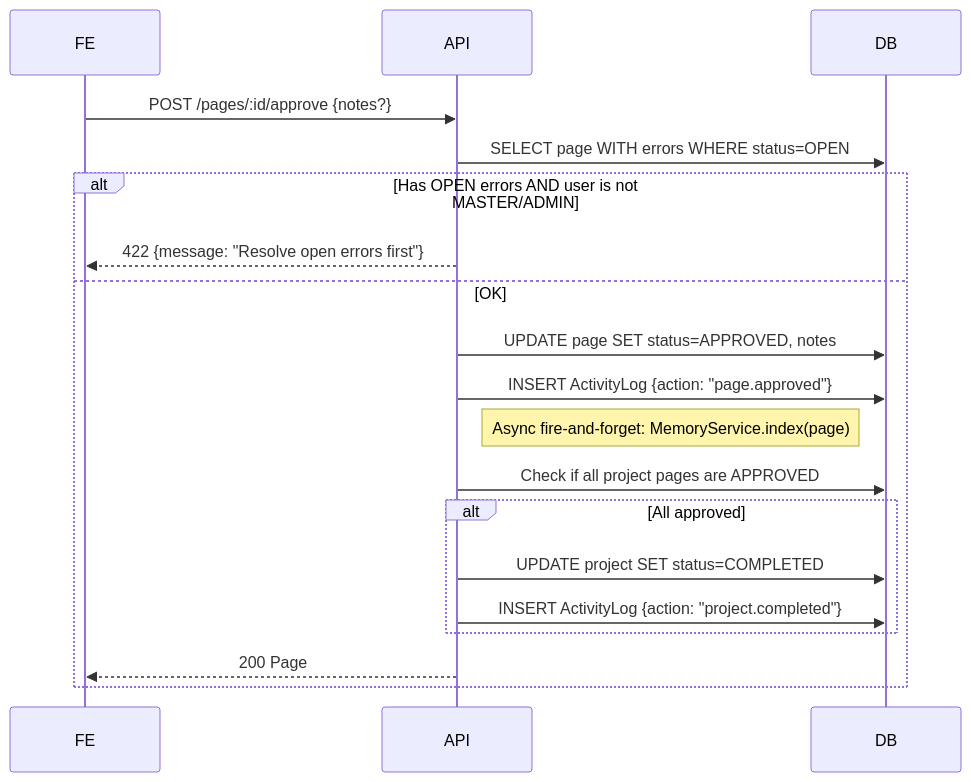
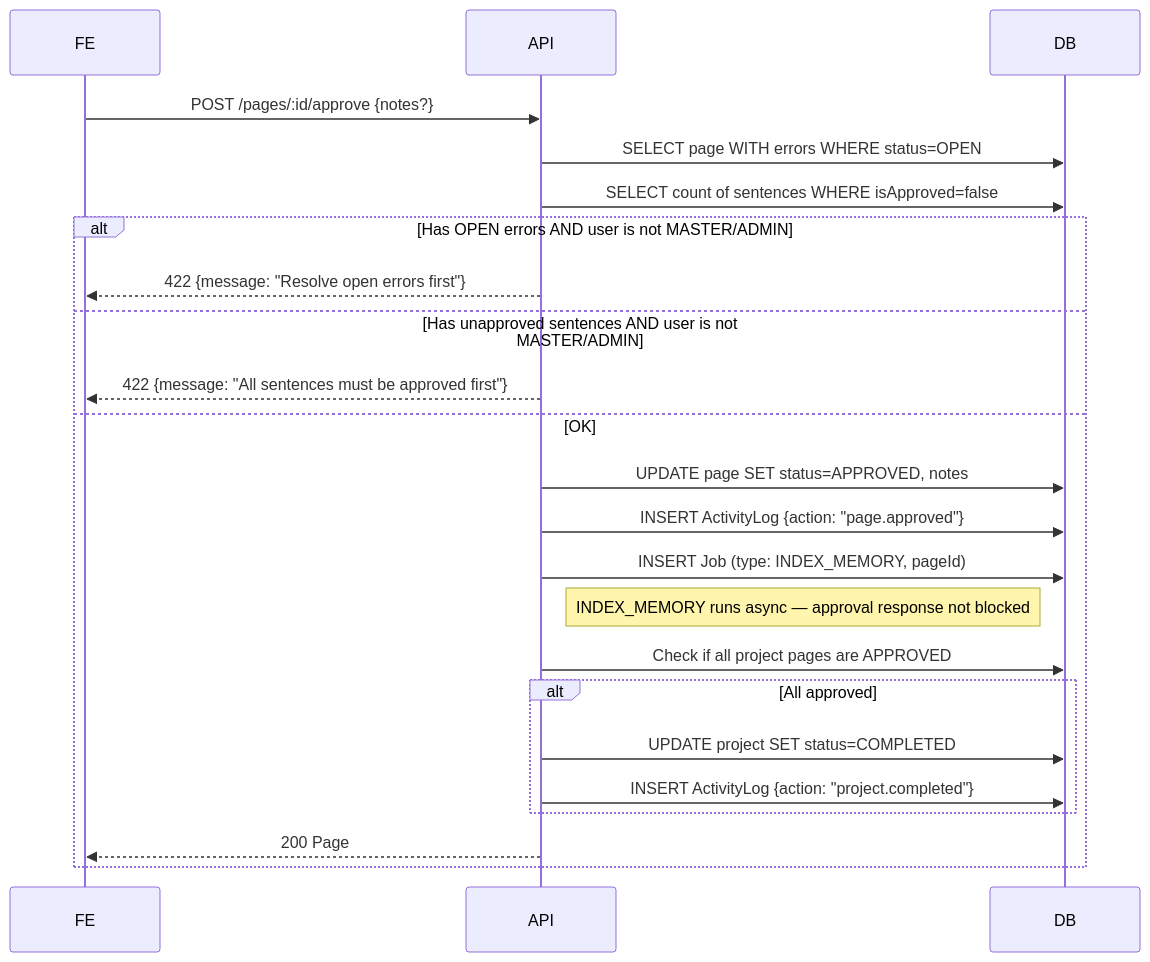
The ninth of 32 diagrams in .spec/08-sequences.md (ArulRozario/tAi), drawn with Mermaid before and after one commit. The commit also changed other lines of this file and 195 other files, not shown here.

````diff
--- a/.spec/08-sequences.md
+++ b/.spec/08-sequences.md
@@ -232,25 +269,28 @@
 ```mermaid
 sequenceDiagram
     participant FE
     participant API
     participant DB
 
     FE->>API: POST /pages/:id/approve {notes?}
     API->>DB: SELECT page WITH errors WHERE status=OPEN
+    API->>DB: SELECT count of sentences WHERE isApproved=false
     alt Has OPEN errors AND user is not MASTER/ADMIN
         API-->>FE: 422 {message: "Resolve open errors first"}
+    else Has unapproved sentences AND user is not MASTER/ADMIN
+        API-->>FE: 422 {message: "All sentences must be approved first"}
     else OK
         API->>DB: UPDATE page SET status=APPROVED, notes
         API->>DB: INSERT ActivityLog {action: "page.approved"}
-        
-        Note right of API: Async fire-and-forget: MemoryService.index(page)
+        API->>DB: INSERT Job (type: INDEX_MEMORY, pageId)
+        Note right of API: INDEX_MEMORY runs async — approval response not blocked
 
         API->>DB: Check if all project pages are APPROVED
         alt All approved
             API->>DB: UPDATE project SET status=COMPLETED
             API->>DB: INSERT ActivityLog {action: "project.completed"}
         end
 
         API-->>FE: 200 Page
     end
 ```
````
